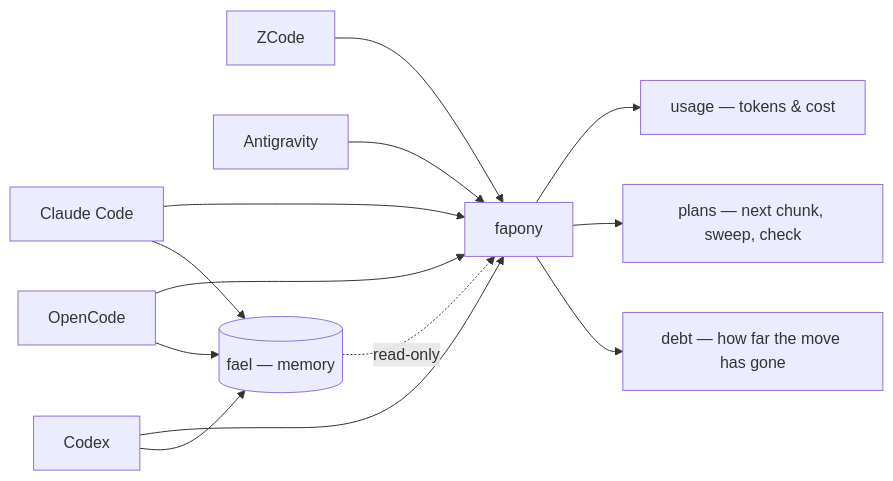
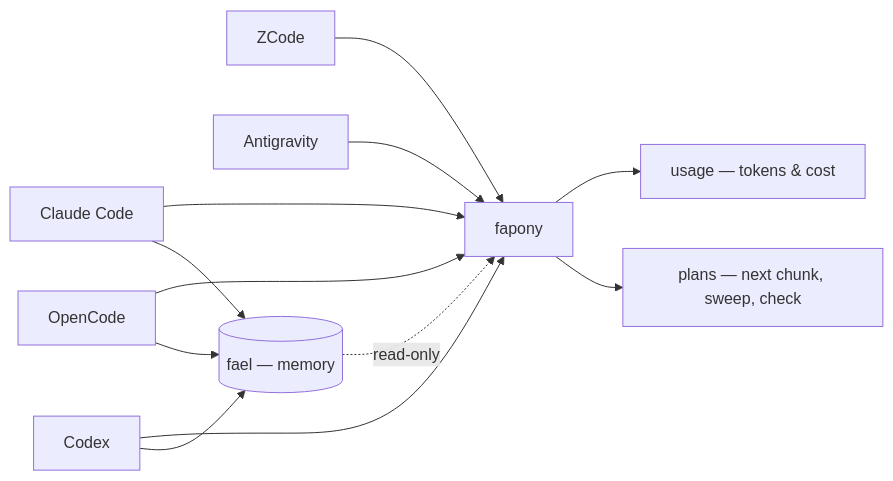
Before and after one commit to zecalis/fapony: the second of 2 diagrams in README.md, drawn with Mermaid. The commit also changed other lines of this file and 7 other files, not shown here.

````diff
--- a/README.md
+++ b/README.md
@@ -50,13 +49,12 @@
 ```mermaid
 flowchart LR
     CC[Claude Code] --> F[fapony]
     OC[OpenCode] --> F
     ZC[ZCode] --> F
     CX[Codex] --> F
     AG[Antigravity] --> F
     F --> U[usage — tokens & cost]
     F --> P[plans — next chunk, sweep, check]
-    F --> D[debt — how far the move has gone]
     M[(fael — memory)] -. read-only .-> F
     CC & OC & CX --> M
 ```
````
